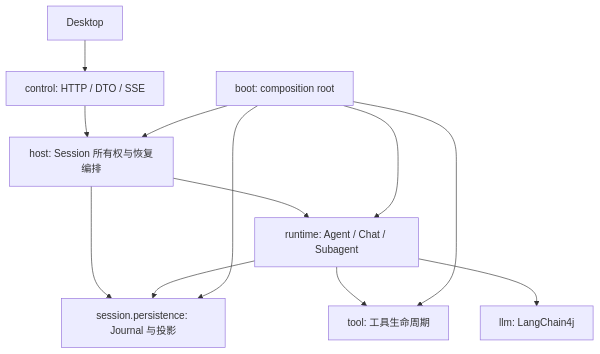
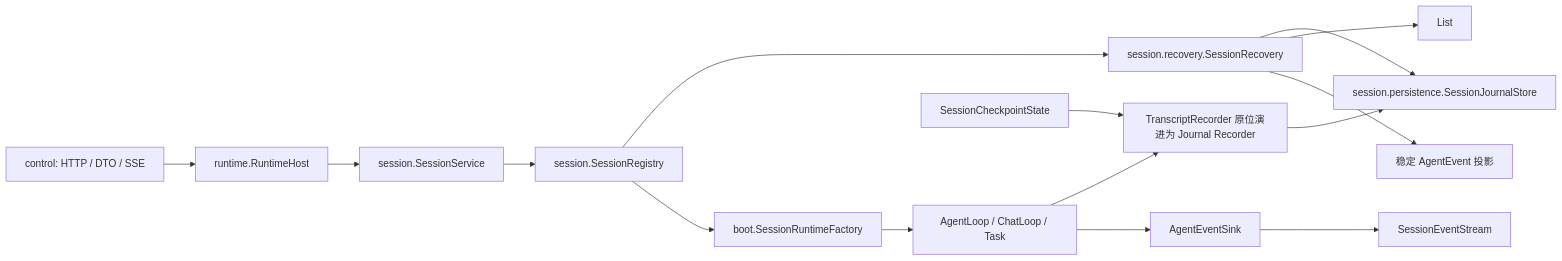
The first of 2 diagrams in docs/design/veyra-interrupted-run-recovery-design.md (codingayice/my-claude-code), drawn with Mermaid before and after one commit. The commit also changed other lines of this file and 155 other files, not shown here.

````diff
--- a/docs/design/veyra-interrupted-run-recovery-design.md
+++ b/docs/design/veyra-interrupted-run-recovery-design.md
@@ -191,14 +160,17 @@
 ```mermaid
-flowchart TD
-  Desktop["Desktop"] --> Control["control: HTTP / DTO / SSE"]
-  Control --> Host["host: Session 所有权与恢复编排"]
-  Host --> Conversation["session.persistence: Journal 与投影"]
-  Host --> Kernel["runtime: Agent / Chat / Subagent"]
-  Kernel --> Conversation
-  Kernel --> Tooling["tool: 工具生命周期"]
-  Kernel --> LLM["llm: LangChain4j"]
-  Boot["boot: composition root"] --> Host
-  Boot --> Conversation
-  Boot --> Kernel
-  Boot --> Tooling
+flowchart LR
+  Control["control: HTTP / DTO / SSE"] --> Host["runtime.RuntimeHost"]
+  Host --> Service["session.SessionService"]
+  Service --> Registry["session.SessionRegistry"]
+  Registry --> Recovery["session.recovery.SessionRecovery"]
+  Recovery --> Store["session.persistence.SessionJournalStore"]
+  Registry --> Factory["boot.SessionRuntimeFactory"]
+  Factory --> Runtime["AgentLoop / ChatLoop / Task"]
+  Runtime --> Recorder["TranscriptRecorder 原位演进为 Journal Recorder"]
+  Recorder --> Store
+  Runtime --> EventSink["AgentEventSink"]
+  EventSink --> SSE["SessionEventStream"]
+  Recovery --> WorkingHistory["List<WorkingMessage>"]
+  Recovery --> StableEvents["稳定 AgentEvent 投影"]
+  CheckpointState["SessionCheckpointState"] --> Recorder
 ```
````
